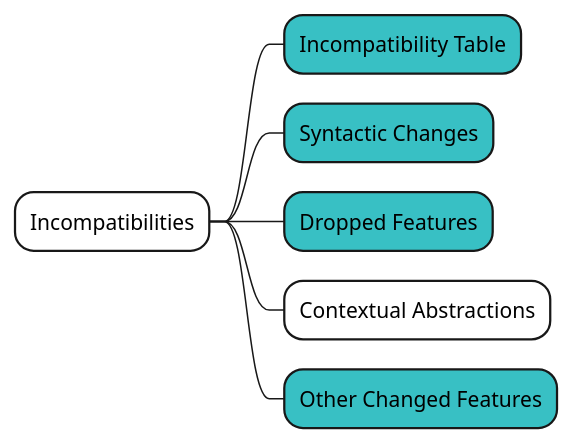
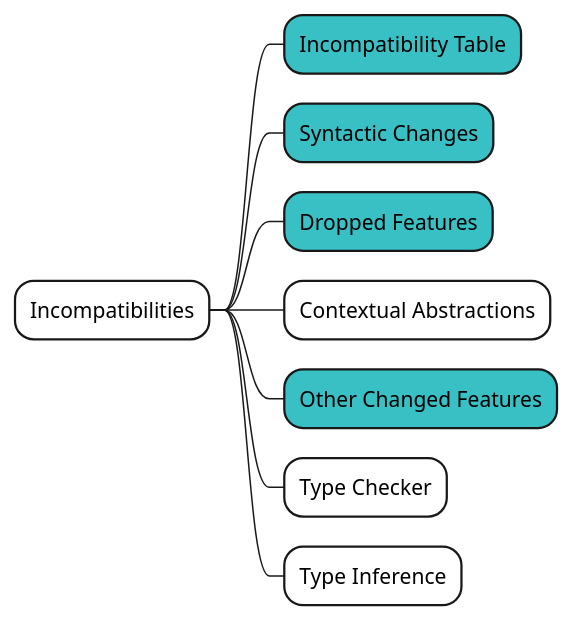
Before and after one commit to shinharad/getting-started-with-scala3: the fifth of 7 diagrams in docs/step01/04_Migration_guideを俯瞰してみる.md, drawn with PlantUML. The commit also changed other lines of this file and 7 other files, not shown here.

````diff
--- a/docs/step01/04_Migration_guideを俯瞰してみる.md
+++ b/docs/step01/04_Migration_guideを俯瞰してみる.md
@@ -83,10 +83,12 @@
 ```plantuml
 @startmindmap
 *[#fff] Incompatibilities
 **[#38c0c4] Incompatibility Table
 **[#38c0c4] Syntactic Changes
 **[#38c0c4] Dropped Features
 **[#fff] Contextual Abstractions
 **[#38c0c4] Other Changed Features
+**[#fff] Type Checker
+**[#fff] Type Inference
 @endmindmap
 ```
````
